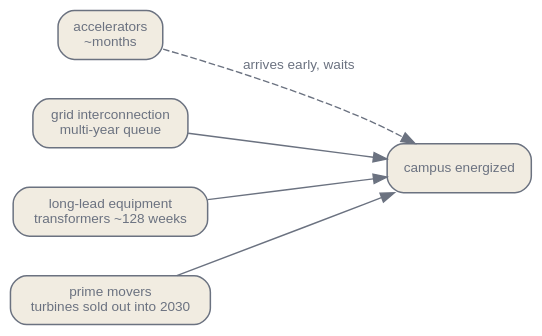
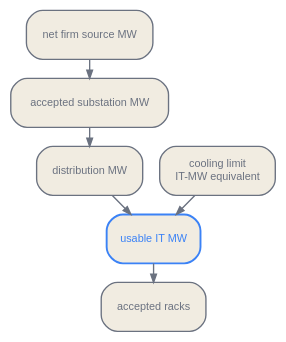
The second of 4 diagrams in en/infrastructure/07-powering-it.qmd (latere-ai/ai-as-an-infrastructure), drawn with Graphviz before and after one commit. The commit also changed other lines of this file and 4 other files, not shown here.

````diff
--- a/en/infrastructure/07-powering-it.qmd
+++ b/en/infrastructure/07-powering-it.qmd
@@ -46,21 +168,18 @@
 ```{dot}
-//| label: fig-powering-queues
-//| fig-cap: "Time-to-power as three serialized queues. A frontier campus is energized only when the slowest clears, so the binding constraint is calendar time, not generation capacity. The chip, by contrast, ships in months."
+//| label: fig-powering-ledger
+//| fig-cap: "Usable IT power is bounded by every stage in the delivery chain and by cooling. Each value needs the same operating interval, contingency, and acceptance boundary."
 digraph {
-  bgcolor="transparent";
-  rankdir=LR;
-  nodesep=0.4; ranksep=0.5;
-  node [shape=box, style="rounded,filled", fontname="Helvetica", fontsize=10, color="#6b7280", fontcolor="#6b7280", fillcolor="#f1ece1", penwidth=1.1];
-  edge [fontsize=10, fontname="Helvetica", color="#6b7280", fontcolor="#6b7280"];
-
-  chip [label="accelerators\n~months"];
-  q1 [label="grid interconnection\nmulti-year queue"];
-  q2 [label="long-lead equipment\ntransformers ~128 weeks"];
-  q3 [label="prime movers\nturbines sold out into 2030"];
-  live [label="campus energized"];
-  chip -> live [style=dashed, label="arrives early, waits"];
-  q1 -> live;
-  q2 -> live;
-  q3 -> live;
+  bgcolor="transparent"; rankdir=TB;
+  nodesep=0.16; ranksep=0.20;
+  node [shape=box, style="rounded,filled", fontname="Helvetica", fontsize=8, margin="0.10,0.06", color="#6b7280", fontcolor="#6b7280", fillcolor="#f1ece1"];
+  edge [color="#6b7280", arrowsize=0.6];
+  source [label="net firm source MW"];
+  sub [label="accepted substation MW"];
+  dist [label="distribution MW"];
+  it [label="usable IT MW", color="#3b82f6", fontcolor="#3b82f6", penwidth=1.4];
+  rack [label="accepted racks"];
+  cool [label="cooling limit\nIT-MW equivalent"];
+  source -> sub -> dist -> it -> rack;
+  cool -> it;
 }
 ```
````
